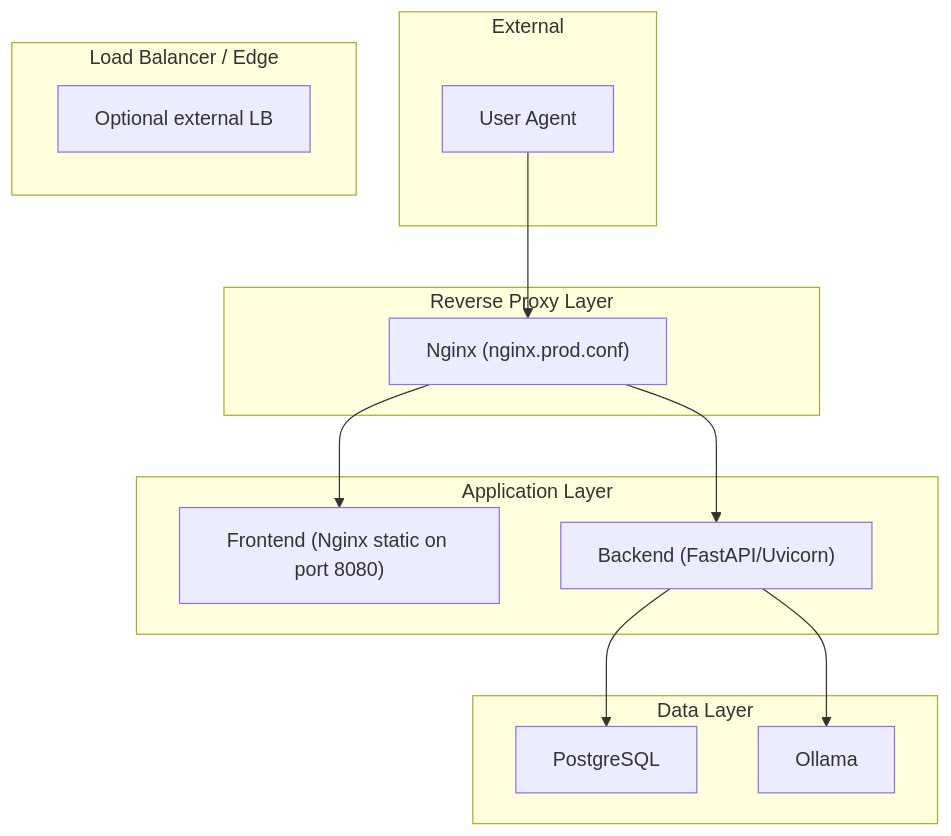
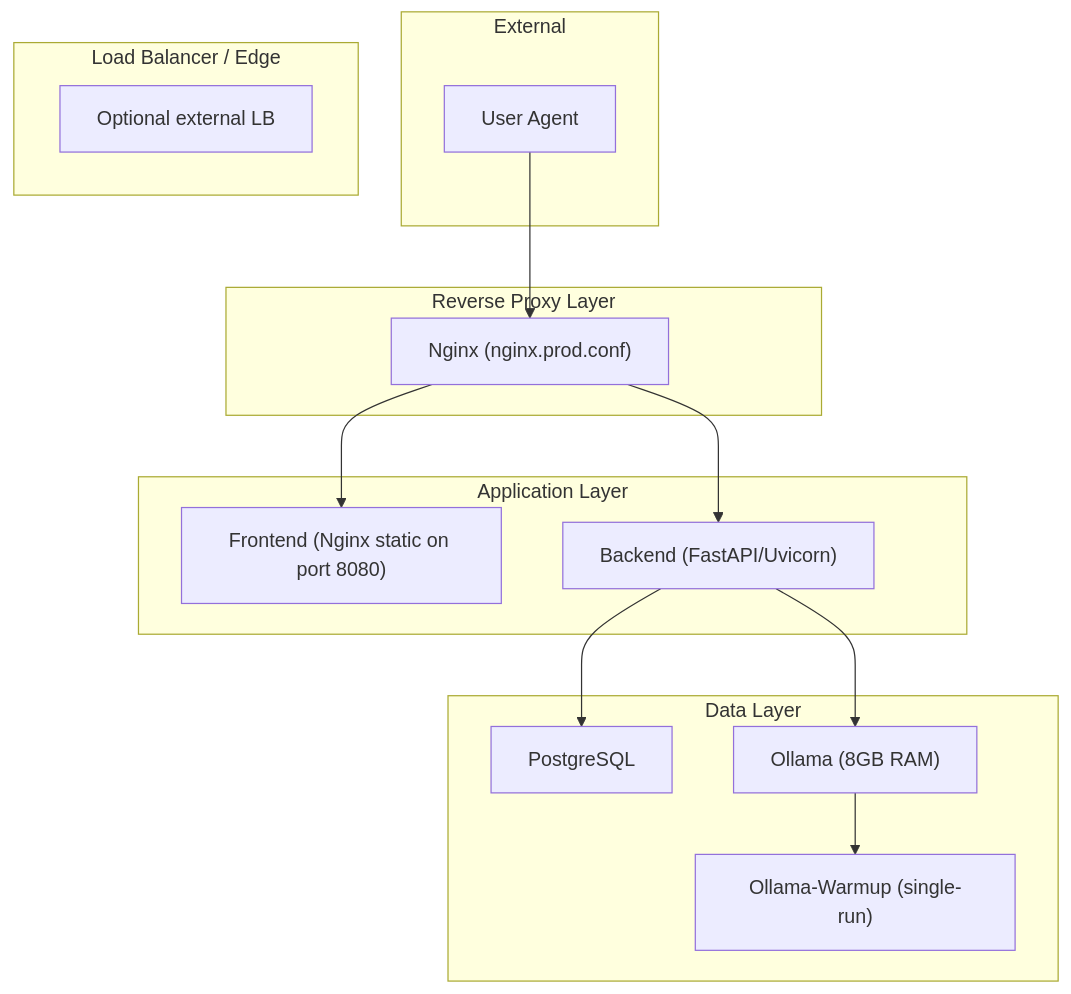
Before and after one commit to Revanththetalogics/aireume: the second of 5 diagrams in .qoder/repowiki/en/content/Deployment & DevOps/Production Deployment.md, drawn with Mermaid. The commit also changed other lines of this file and 33 other files, not shown here.

````diff
--- a/.qoder/repowiki/en/content/Deployment & DevOps/Production Deployment.md
+++ b/.qoder/repowiki/en/content/Deployment & DevOps/Production Deployment.md
@@ -121,25 +135,27 @@
 ```mermaid
 graph TB
 subgraph "External"
 U["User Agent"]
 end
 subgraph "Load Balancer / Edge"
 LB["Optional external LB"]
 end
 subgraph "Reverse Proxy Layer"
 NX["Nginx (nginx.prod.conf)"]
 end
 subgraph "Application Layer"
 FE["Frontend (Nginx static on port 8080)"]
 BE["Backend (FastAPI/Uvicorn)"]
 end
 subgraph "Data Layer"
 PG["PostgreSQL"]
-OL["Ollama"]
+OL["Ollama (8GB RAM)"]
+WU["Ollama-Warmup (single-run)"]
 end
 U --> NX
 NX --> FE
 NX --> BE
 BE --> PG
 BE --> OL
+OL --> WU
 ```
````
